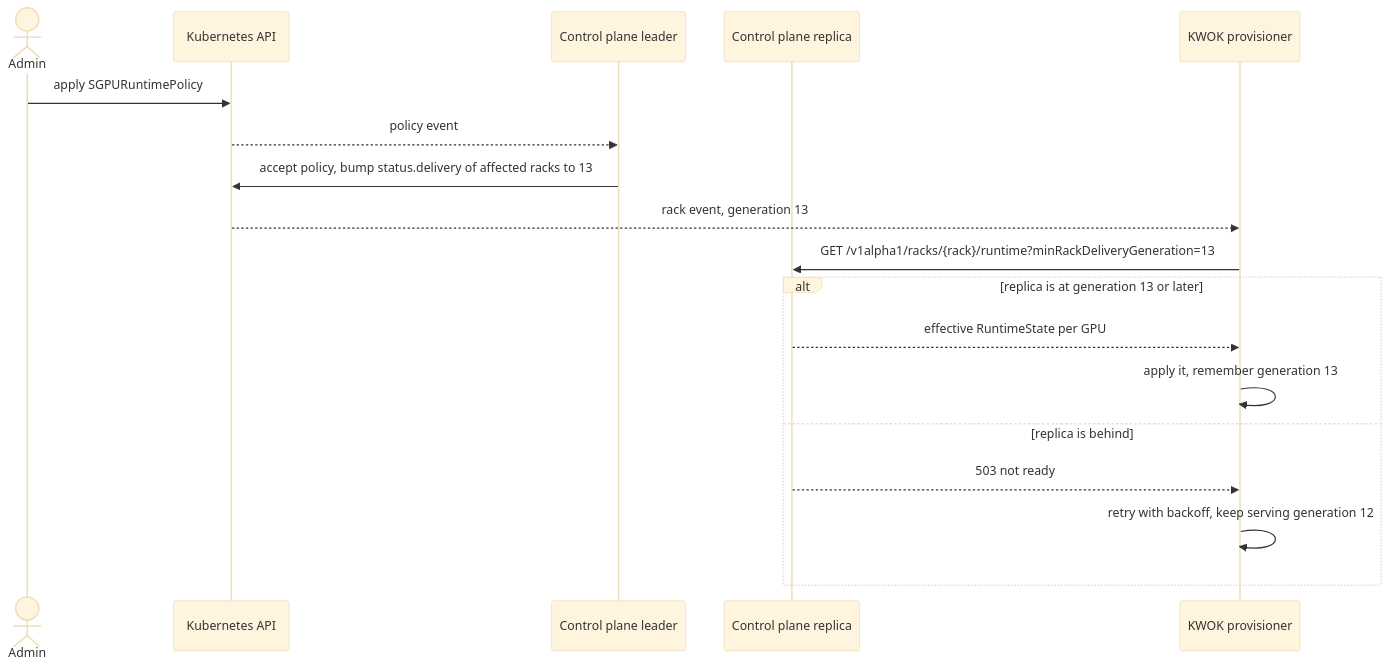
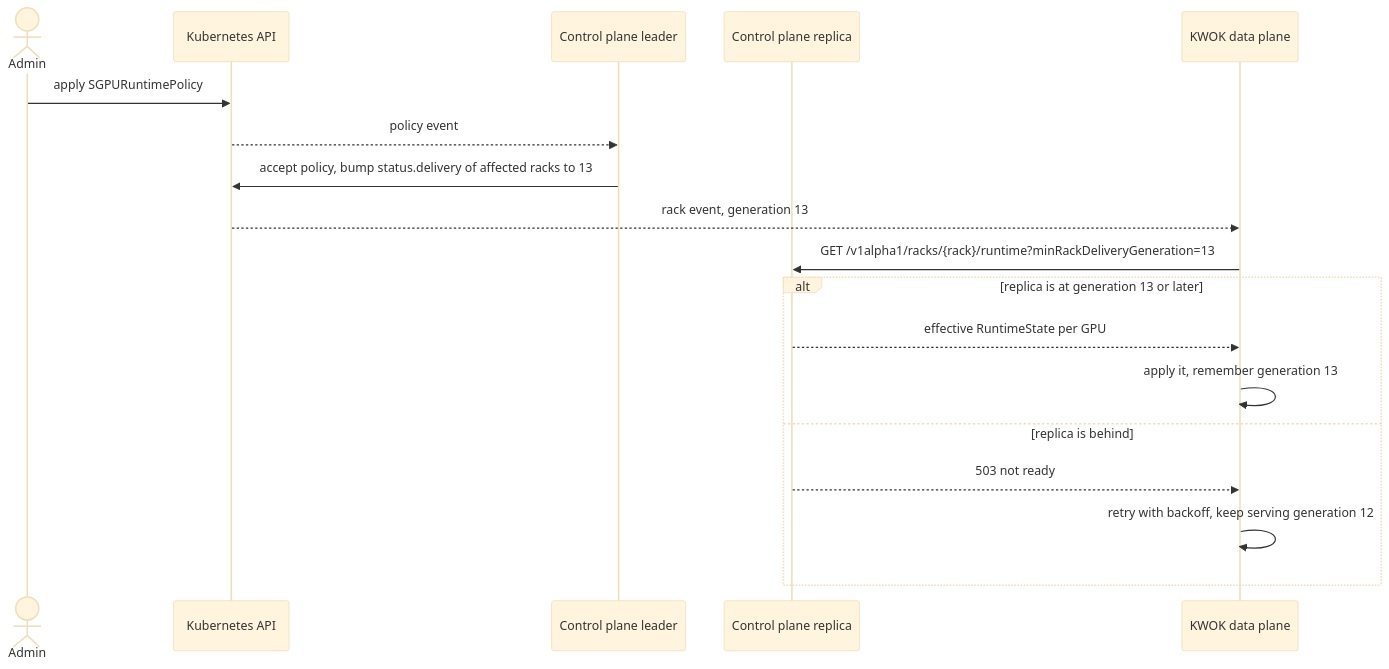
One commit to NVIDIA/k8s-test-infra changed the third of 3 diagrams in enhancements/meps/0008-fgo-integration/README.md. Above: the diagram before and after it, drawn with Mermaid (base theme). The commit also changed other lines of this file and 2 other files, not shown here.

Commit message:
#1008: Introduced mokka kwok data plane statefulset

````diff
--- a/enhancements/meps/0008-fgo-integration/README.md
+++ b/enhancements/meps/0008-fgo-integration/README.md
@@ -746,21 +818,21 @@
 ```mermaid
 sequenceDiagram
     actor Admin
     participant API as Kubernetes API
     participant Leader as Control plane leader
     participant Replica as Control plane replica
-    participant Prov as KWOK provisioner
+    participant DP as KWOK data plane
 
     Admin->>API: apply SGPURuntimePolicy
     API-->>Leader: policy event
     Leader->>API: accept policy, bump status.delivery of affected racks to 13
-    API-->>Prov: rack event, generation 13
-    Prov->>Replica: GET /v1alpha1/racks/{rack}/runtime?minRackDeliveryGeneration=13
+    API-->>DP: rack event, generation 13
+    DP->>Replica: GET /v1alpha1/racks/{rack}/runtime?minRackDeliveryGeneration=13
     alt replica is at generation 13 or later
-        Replica-->>Prov: effective RuntimeState per GPU
-        Prov->>Prov: apply it, remember generation 13
+        Replica-->>DP: effective RuntimeState per GPU
+        DP->>DP: apply it, remember generation 13
     else replica is behind
-        Replica-->>Prov: 503 not ready
-        Prov->>Prov: retry with backoff, keep serving generation 12
+        Replica-->>DP: 503 not ready
+        DP->>DP: retry with backoff, keep serving generation 12
     end
 ```
````
